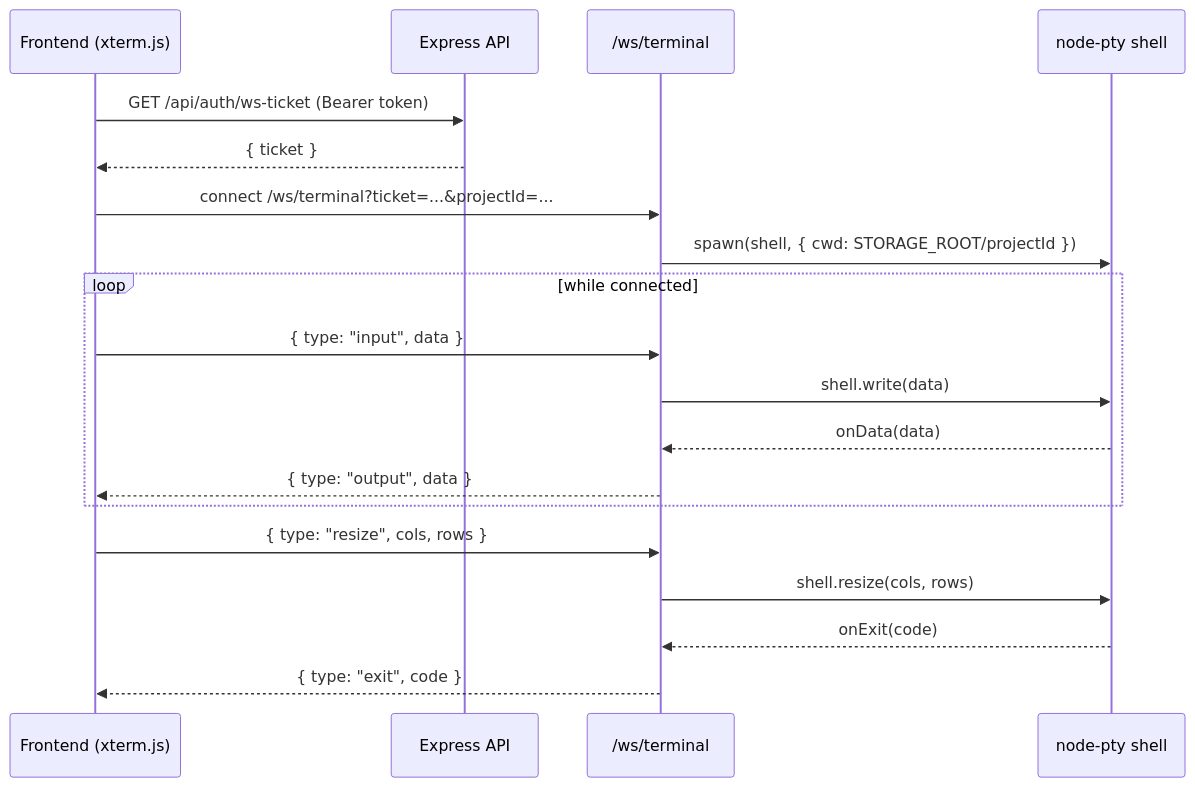
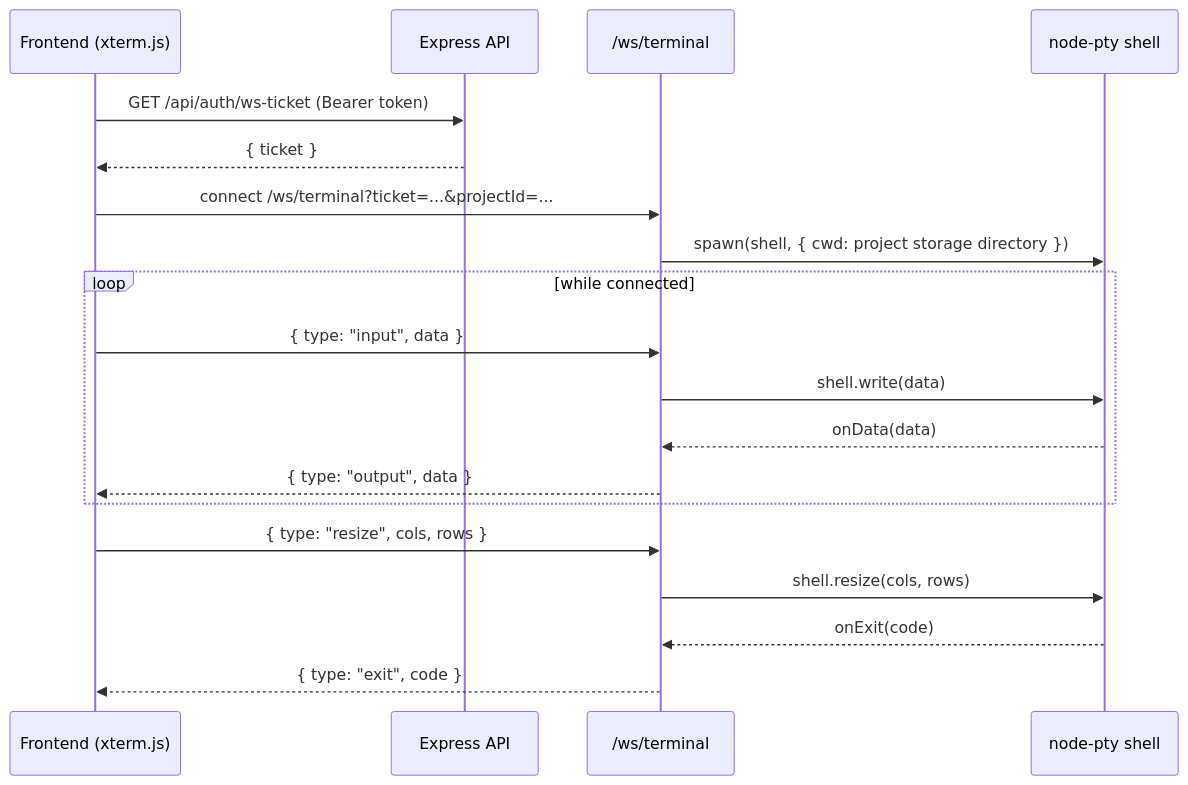
Before and after one commit to Ash786Sharma/Robot_Studio: the sixth of 11 diagrams in docs/ARCHITECTURE.md, drawn with Mermaid. The commit also changed other lines of this file and 26 other files, not shown here.

````diff
--- a/docs/ARCHITECTURE.md
+++ b/docs/ARCHITECTURE.md
@@ -219,22 +222,22 @@
 ```mermaid
 sequenceDiagram
     participant FE as Frontend (xterm.js)
     participant API as Express API
     participant WS as /ws/terminal
     participant PTY as node-pty shell
 
     FE->>API: GET /api/auth/ws-ticket (Bearer token)
     API-->>FE: { ticket }
     FE->>WS: connect /ws/terminal?ticket=...&projectId=...
-    WS->>PTY: spawn(shell, { cwd: STORAGE_ROOT/projectId })
+    WS->>PTY: spawn(shell, { cwd: project storage directory })
     loop while connected
         FE->>WS: { type: "input", data }
         WS->>PTY: shell.write(data)
         PTY-->>WS: onData(data)
         WS-->>FE: { type: "output", data }
     end
     FE->>WS: { type: "resize", cols, rows }
     WS->>PTY: shell.resize(cols, rows)
     PTY-->>WS: onExit(code)
     WS-->>FE: { type: "exit", code }
 ```
````
